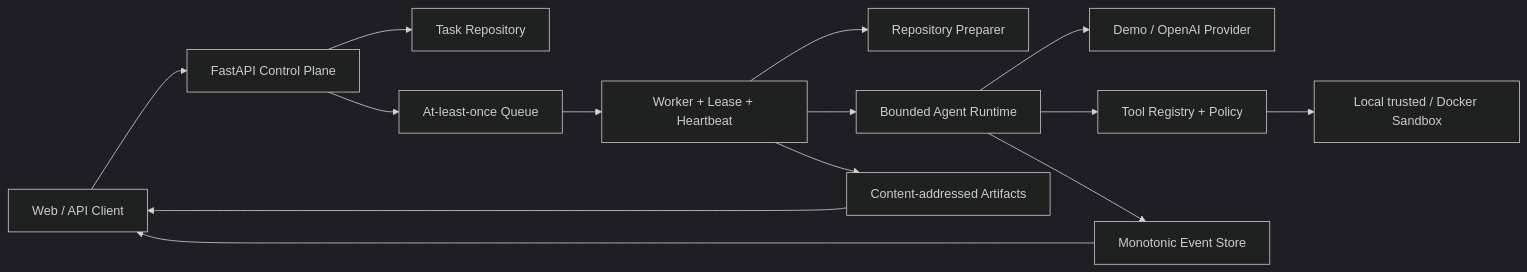
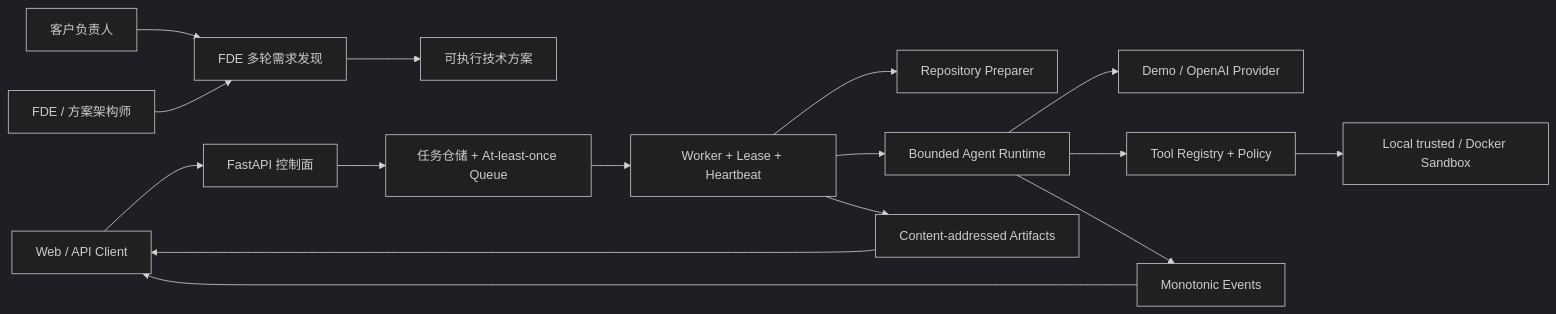
One commit to aopays/cloud-agent-platform changed the diagram in README.md. Above: the diagram before and after it, drawn with Mermaid (dark theme). The commit also changed other lines of this file and 25 other files, not shown here.

````diff
--- a/README.md
+++ b/README.md
@@ -141,16 +119,19 @@
 ```mermaid
 flowchart LR
-    User[Web / API Client] --> API[FastAPI Control Plane]
-    API --> Repo[Task Repository]
-    API --> Queue[At-least-once Queue]
+    Customer[客户负责人] --> Discovery[FDE 多轮需求发现]
+    FDE[FDE / 方案架构师] --> Discovery
+    Discovery --> Plan[可执行技术方案]
+
+    User[Web / API Client] --> API[FastAPI 控制面]
+    API --> Queue[任务仓储 + At-least-once Queue]
     Queue --> Worker[Worker + Lease + Heartbeat]
     Worker --> Prep[Repository Preparer]
     Worker --> Runtime[Bounded Agent Runtime]
     Runtime --> Provider[Demo / OpenAI Provider]
-    Runtime --> Registry[Tool Registry + Policy]
-    Registry --> Sandbox[Local trusted / Docker Sandbox]
-    Runtime --> Events[Monotonic Event Store]
+    Runtime --> Tools[Tool Registry + Policy]
+    Tools --> Sandbox[Local trusted / Docker Sandbox]
+    Runtime --> Events[Monotonic Events]
     Worker --> Artifacts[Content-addressed Artifacts]
     Events --> User
     Artifacts --> User
 ```
````
